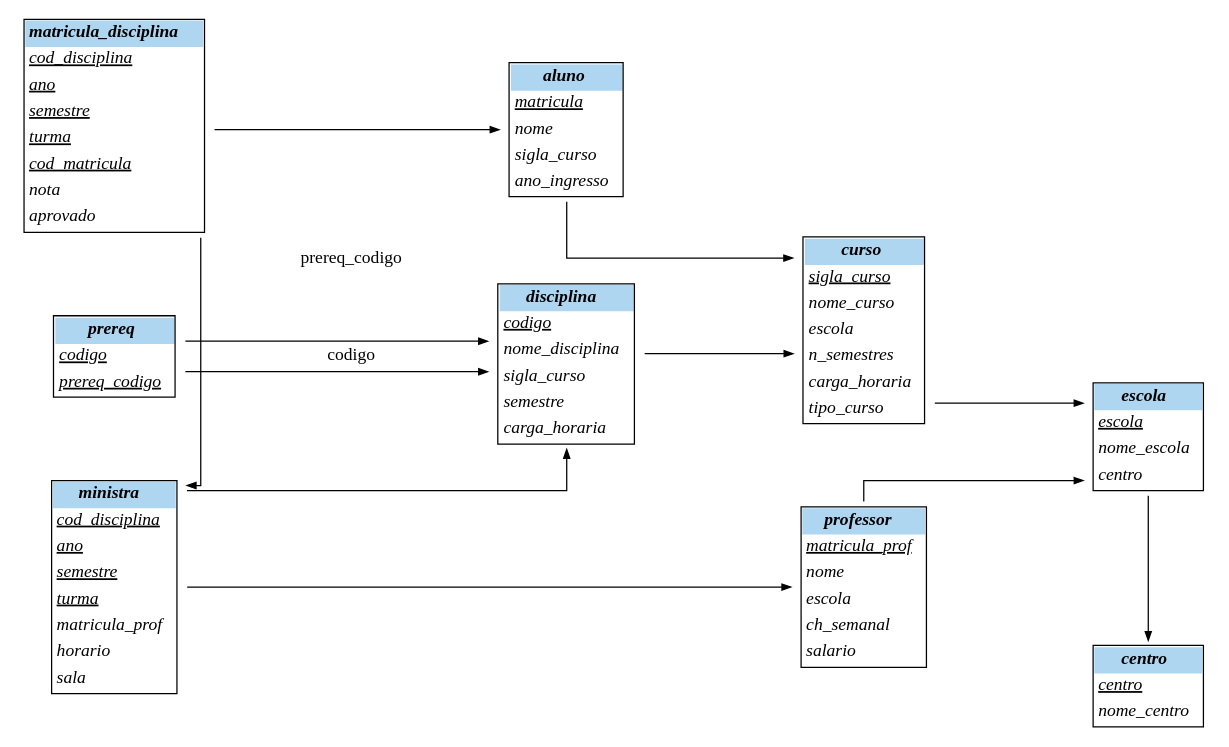
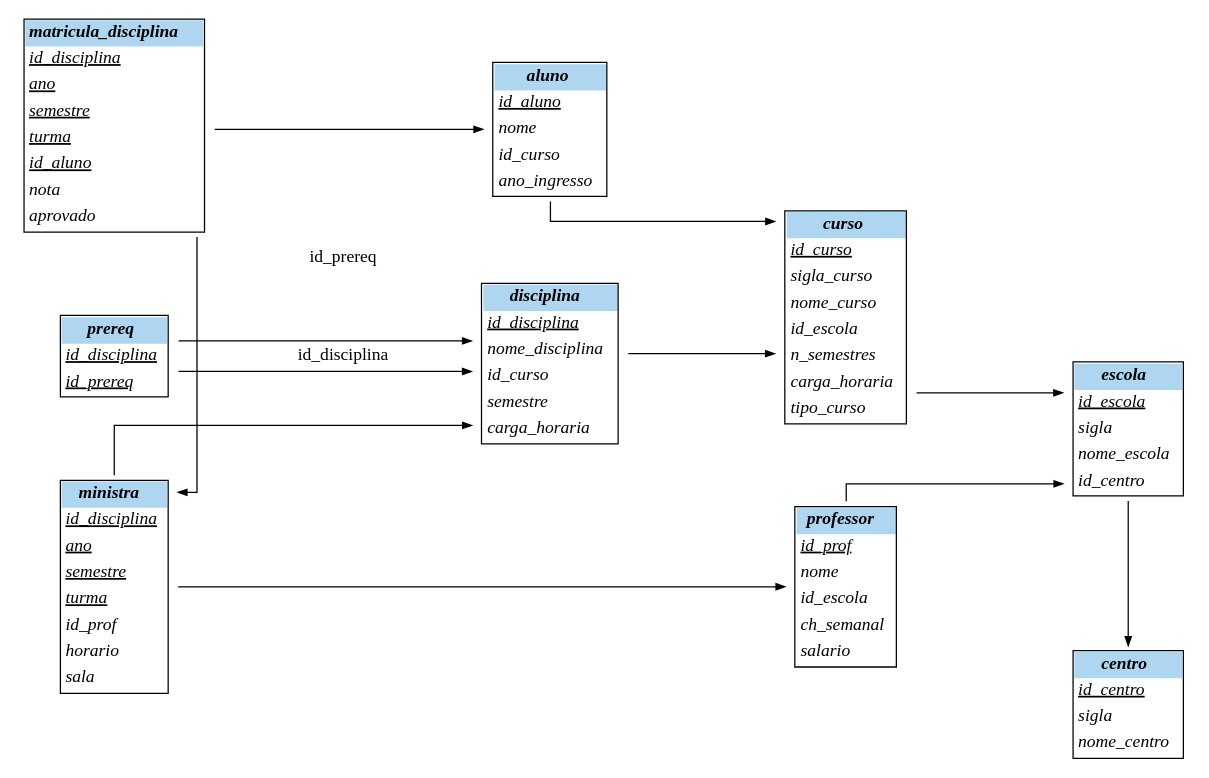
One commit to BragaD/UnDF-BancodeDados-202601 changed the diagram in content/cap02/04-diagrama-schema.qmd. Above: the diagram before and after it, drawn with Graphviz. The commit also changed other lines of this file and 45 other files, not shown here.

````diff
--- a/content/cap02/04-diagrama-schema.qmd
+++ b/content/cap02/04-diagrama-schema.qmd
@@ -24,7 +24,8 @@
   centro [label=<
     <TABLE BORDER="1" CELLBORDER="0" CELLSPACING="0" CELLPADDING="3" BGCOLOR="white">
       <TR><TD BGCOLOR="#AED6F1" ALIGN="CENTER"><I><B>centro</B></I></TD></TR>
-      <TR><TD ALIGN="LEFT"><U><I>centro</I></U></TD></TR>
+      <TR><TD ALIGN="LEFT"><U><I>id_centro</I></U></TD></TR>
+      <TR><TD ALIGN="LEFT"><I>sigla</I></TD></TR>
       <TR><TD ALIGN="LEFT"><I>nome_centro</I></TD></TR>
     </TABLE>
   >];
@@ -32,18 +33,20 @@
   escola [label=<
     <TABLE BORDER="1" CELLBORDER="0" CELLSPACING="0" CELLPADDING="3" BGCOLOR="white">
       <TR><TD BGCOLOR="#AED6F1" ALIGN="CENTER"><I><B>escola</B></I></TD></TR>
-      <TR><TD ALIGN="LEFT"><U><I>escola</I></U></TD></TR>
+      <TR><TD ALIGN="LEFT"><U><I>id_escola</I></U></TD></TR>
+      <TR><TD ALIGN="LEFT"><I>sigla</I></TD></TR>
       <TR><TD ALIGN="LEFT"><I>nome_escola</I></TD></TR>
-      <TR><TD ALIGN="LEFT"><I>centro</I></TD></TR>
+      <TR><TD ALIGN="LEFT"><I>id_centro</I></TD></TR>
     </TABLE>
   >];
 
   curso [label=<
     <TABLE BORDER="1" CELLBORDER="0" CELLSPACING="0" CELLPADDING="3" BGCOLOR="white">
       <TR><TD BGCOLOR="#AED6F1" ALIGN="CENTER"><I><B>curso</B></I></TD></TR>
-      <TR><TD ALIGN="LEFT"><U><I>sigla_curso</I></U></TD></TR>
+      <TR><TD ALIGN="LEFT"><U><I>id_curso</I></U></TD></TR>
+      <TR><TD ALIGN="LEFT"><I>sigla_curso</I></TD></TR>
       <TR><TD ALIGN="LEFT"><I>nome_curso</I></TD></TR>
-      <TR><TD ALIGN="LEFT"><I>escola</I></TD></TR>
+      <TR><TD ALIGN="LEFT"><I>id_escola</I></TD></TR>
       <TR><TD ALIGN="LEFT"><I>n_semestres</I></TD></TR>
       <TR><TD ALIGN="LEFT"><I>carga_horaria</I></TD></TR>
       <TR><TD ALIGN="LEFT"><I>tipo_curso</I></TD></TR>
@@ -53,9 +56,9 @@
   professor [label=<
     <TABLE BORDER="1" CELLBORDER="0" CELLSPACING="0" CELLPADDING="3" BGCOLOR="white">
       <TR><TD BGCOLOR="#AED6F1" ALIGN="CENTER"><I><B>professor</B></I></TD></TR>
-      <TR><TD ALIGN="LEFT"><U><I>matricula_prof</I></U></TD></TR>
+      <TR><TD ALIGN="LEFT"><U><I>id_prof</I></U></TD></TR>
       <TR><TD ALIGN="LEFT"><I>nome</I></TD></TR>
-      <TR><TD ALIGN="LEFT"><I>escola</I></TD></TR>
+      <TR><TD ALIGN="LEFT"><I>id_escola</I></TD></TR>
       <TR><TD ALIGN="LEFT"><I>ch_semanal</I></TD></TR>
       <TR><TD ALIGN="LEFT"><I>salario</I></TD></TR>
     </TABLE>
@@ -64,9 +67,9 @@
   aluno [label=<
     <TABLE BORDER="1" CELLBORDER="0" CELLSPACING="0" CELLPADDING="3" BGCOLOR="white">
       <TR><TD BGCOLOR="#AED6F1" ALIGN="CENTER"><I><B>aluno</B></I></TD></TR>
-      <TR><TD ALIGN="LEFT"><U><I>matricula</I></U></TD></TR>
+      <TR><TD ALIGN="LEFT"><U><I>id_aluno</I></U></TD></TR>
       <TR><TD ALIGN="LEFT"><I>nome</I></TD></TR>
-      <TR><TD ALIGN="LEFT"><I>sigla_curso</I></TD></TR>
+      <TR><TD ALIGN="LEFT"><I>id_curso</I></TD></TR>
       <TR><TD ALIGN="LEFT"><I>ano_ingresso</I></TD></TR>
     </TABLE>
   >];
@@ -74,9 +77,9 @@
   disciplina [label=<
     <TABLE BORDER="1" CELLBORDER="0" CELLSPACING="0" CELLPADDING="3" BGCOLOR="white">
       <TR><TD BGCOLOR="#AED6F1" ALIGN="CENTER"><I><B>disciplina</B></I></TD></TR>
-      <TR><TD ALIGN="LEFT"><U><I>codigo</I></U></TD></TR>
+      <TR><TD ALIGN="LEFT"><U><I>id_disciplina</I></U></TD></TR>
       <TR><TD ALIGN="LEFT"><I>nome_disciplina</I></TD></TR>
-      <TR><TD ALIGN="LEFT"><I>sigla_curso</I></TD></TR>
+      <TR><TD ALIGN="LEFT"><I>id_curso</I></TD></TR>
       <TR><TD ALIGN="LEFT"><I>semestre</I></TD></TR>
       <TR><TD ALIGN="LEFT"><I>carga_horaria</I></TD></TR>
     </TABLE>
@@ -85,11 +88,11 @@
   ministra [label=<
     <TABLE BORDER="1" CELLBORDER="0" CELLSPACING="0" CELLPADDING="3" BGCOLOR="white">
       <TR><TD BGCOLOR="#AED6F1" ALIGN="CENTER"><I><B>ministra</B></I></TD></TR>
-      <TR><TD ALIGN="LEFT"><U><I>cod_disciplina</I></U></TD></TR>
+      <TR><TD ALIGN="LEFT"><U><I>id_disciplina</I></U></TD></TR>
       <TR><TD ALIGN="LEFT"><U><I>ano</I></U></TD></TR>
       <TR><TD ALIGN="LEFT"><U><I>semestre</I></U></TD></TR>
       <TR><TD ALIGN="LEFT"><U><I>turma</I></U></TD></TR>
-      <TR><TD ALIGN="LEFT"><I>matricula_prof</I></TD></TR>
+      <TR><TD ALIGN="LEFT"><I>id_prof</I></TD></TR>
       <TR><TD ALIGN="LEFT"><I>horario</I></TD></TR>
       <TR><TD ALIGN="LEFT"><I>sala</I></TD></TR>
     </TABLE>
@@ -98,11 +101,11 @@
   matricula_disciplina [label=<
     <TABLE BORDER="1" CELLBORDER="0" CELLSPACING="0" CELLPADDING="3" BGCOLOR="white">
       <TR><TD BGCOLOR="#AED6F1" ALIGN="CENTER"><I><B>matricula_disciplina</B></I></TD></TR>
-      <TR><TD ALIGN="LEFT"><U><I>cod_disciplina</I></U></TD></TR>
+      <TR><TD ALIGN="LEFT"><U><I>id_disciplina</I></U></TD></TR>
       <TR><TD ALIGN="LEFT"><U><I>ano</I></U></TD></TR>
       <TR><TD ALIGN="LEFT"><U><I>semestre</I></U></TD></TR>
       <TR><TD ALIGN="LEFT"><U><I>turma</I></U></TD></TR>
-      <TR><TD ALIGN="LEFT"><U><I>cod_matricula</I></U></TD></TR>
+      <TR><TD ALIGN="LEFT"><U><I>id_aluno</I></U></TD></TR>
       <TR><TD ALIGN="LEFT"><I>nota</I></TD></TR>
       <TR><TD ALIGN="LEFT"><I>aprovado</I></TD></TR>
     </TABLE>
@@ -111,8 +114,8 @@
   prereq [label=<
     <TABLE BORDER="1" CELLBORDER="0" CELLSPACING="0" CELLPADDING="3" BGCOLOR="white">
       <TR><TD BGCOLOR="#AED6F1" ALIGN="CENTER"><I><B>prereq</B></I></TD></TR>
-      <TR><TD ALIGN="LEFT"><U><I>codigo</I></U></TD></TR>
-      <TR><TD ALIGN="LEFT"><U><I>prereq_codigo</I></U></TD></TR>
+      <TR><TD ALIGN="LEFT"><U><I>id_disciplina</I></U></TD></TR>
+      <TR><TD ALIGN="LEFT"><U><I>id_prereq</I></U></TD></TR>
     </TABLE>
   >];
 
@@ -132,7 +135,7 @@
   ministra             -> professor
   matricula_disciplina -> ministra
   matricula_disciplina -> aluno
-  prereq               -> disciplina [label="codigo"]
-  prereq               -> disciplina [label="prereq_codigo"]
+  prereq               -> disciplina [label="id_disciplina"]
+  prereq               -> disciplina [label="id_prereq"]
 }
 ```
````
